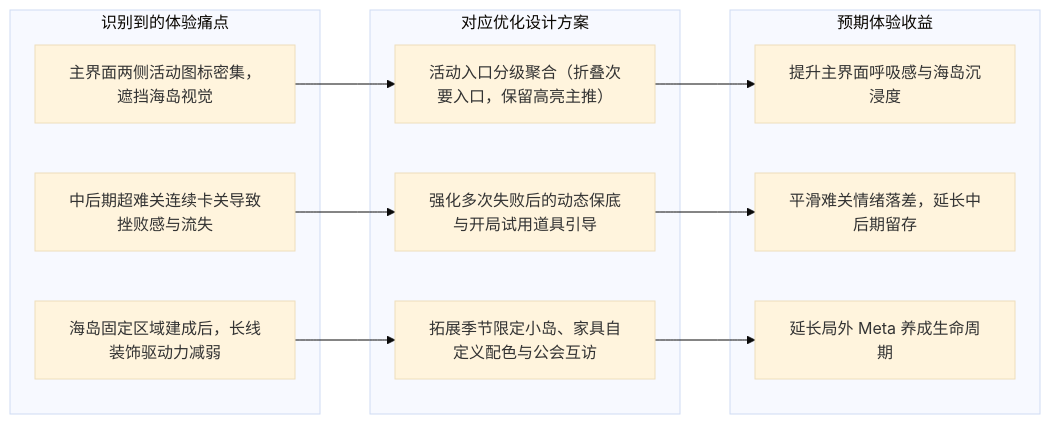
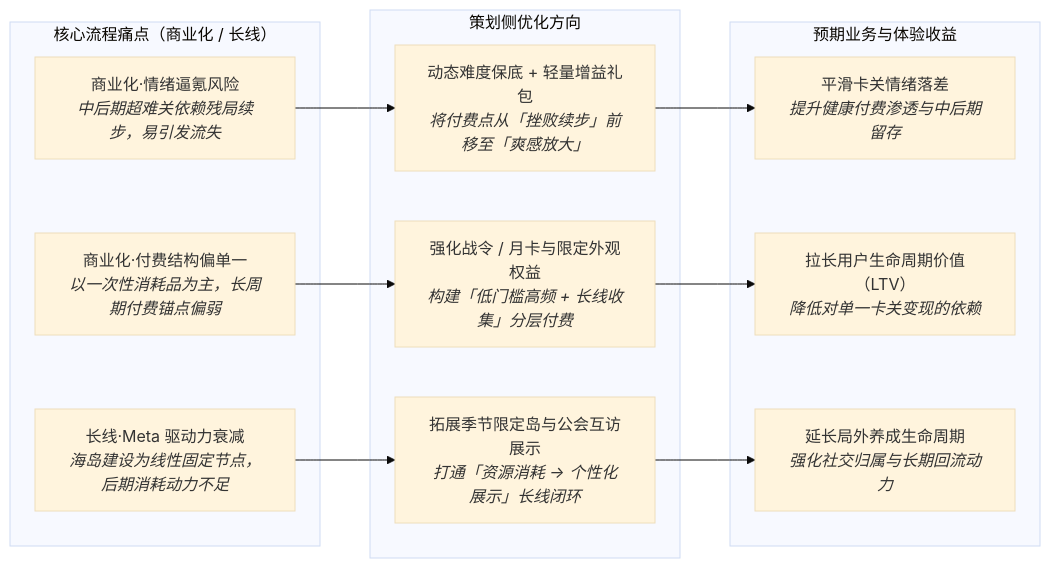
One commit to sp201610/sp201610.github.io changed the eighth of 8 diagrams in _pages/games/假日乐消消.md. Above: the diagram before and after it, drawn with Mermaid (base theme). The commit also changed other lines of this file and 5 other files, not shown here.

````diff
--- a/_pages/games/假日乐消消.md
+++ b/_pages/games/假日乐消消.md
@@ -566,21 +557,21 @@
 ```mermaid
 flowchart LR
-    subgraph Pain["识别到的体验痛点"]
-        P1["主界面两侧活动图标密集，遮挡海岛视觉"]
-        P2["中后期超难关连续卡关导致挫败感与流失"]
-        P3["海岛固定区域建成后，长线装饰驱动力减弱"]
+    subgraph Pain["核心流程痛点（商业化 / 长线）"]
+        P1["商业化·情绪逼氪风险<br/><i>中后期超难关依赖残局续步，易引发流失</i>"]
+        P2["商业化·付费结构偏单一<br/><i>以一次性消耗品为主，长周期付费锚点偏弱</i>"]
+        P3["长线·Meta 驱动力衰减<br/><i>海岛建设为线性固定节点，后期消耗动力不足</i>"]
     end
-    subgraph Opt["对应优化设计方案"]
-        O1["活动入口分级聚合（折叠次要入口，保留高亮主推）"]
-        O2["强化多次失败后的动态保底与开局试用道具引导"]
-        O3["拓展季节限定小岛、家具自定义配色与公会互访"]
+    subgraph Opt["策划侧优化方向"]
+        O1["动态难度保底 + 轻量增益礼包<br/><i>将付费点从「挫败续步」前移至「爽感放大」</i>"]
+        O2["强化战令 / 月卡与限定外观权益<br/><i>构建「低门槛高频 + 长线收集」分层付费</i>"]
+        O3["拓展季节限定岛与公会互访展示<br/><i>打通「资源消耗 → 个性化展示」长线闭环</i>"]
     end
-    subgraph Goal["预期体验收益"]
-        G1["提升主界面呼吸感与海岛沉浸度"]
-        G2["平滑难关情绪落差，延长中后期留存"]
-        G3["延长局外 Meta 养成生命周期"]
+    subgraph Goal["预期业务与体验收益"]
+        G1["平滑卡关情绪落差<br/><i>提升健康付费渗透与中后期留存</i>"]
+        G2["拉长用户生命周期价值（LTV）<br/><i>降低对单一卡关变现的依赖</i>"]
+        G3["延长局外养成生命周期<br/><i>强化社交归属与长期回流动力</i>"]
     end
     P1 --> O1 --> G1
     P2 --> O2 --> G2
     P3 --> O3 --> G3
 ```
````
